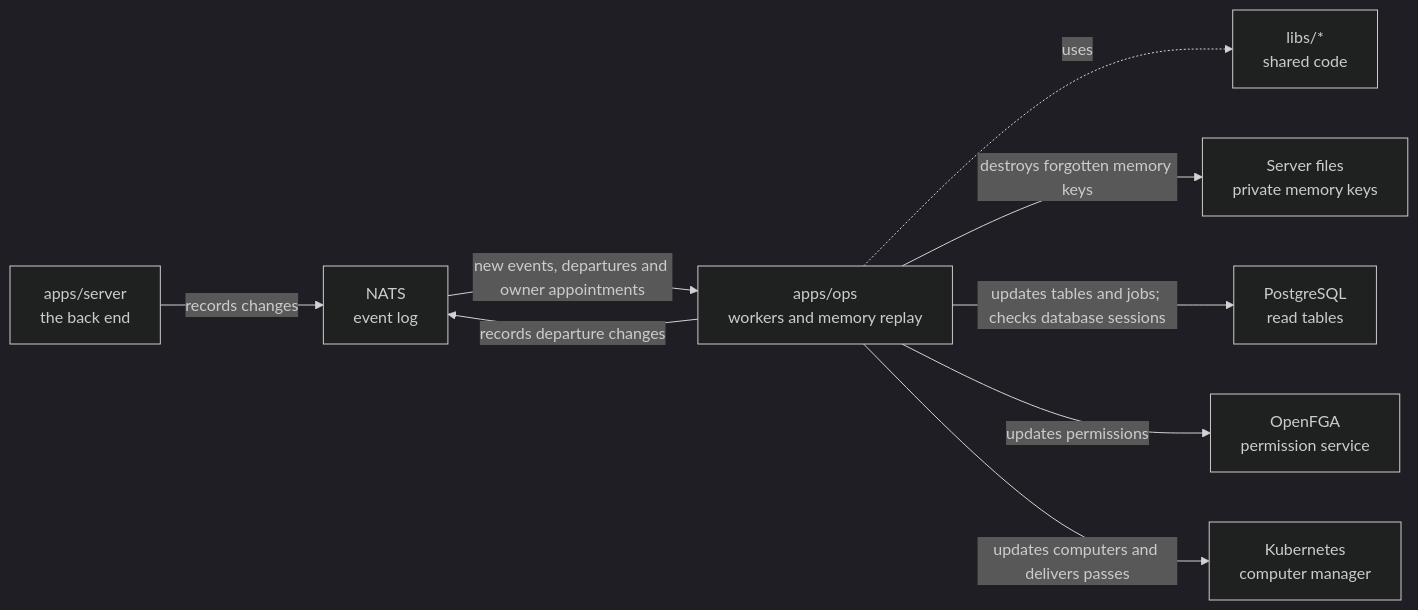
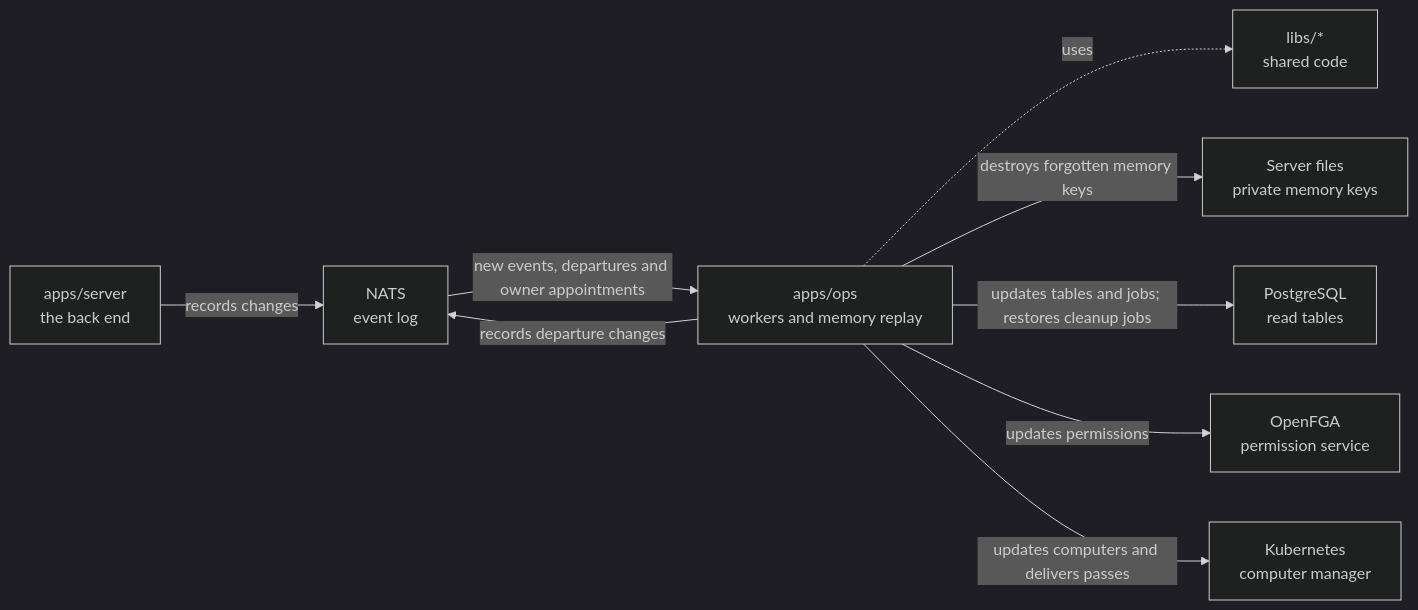
The diagram in apps/ops/README.md (elewa-git/opencrane-new), drawn with Mermaid (dark theme) before and after one commit. The commit also changed other lines of this file and 14 other files, not shown here.

Commit message:
🧹 Record exhausted memory cleanup and restore lost jobs

````diff
--- a/apps/ops/README.md
+++ b/apps/ops/README.md
@@ -11,11 +11,11 @@
 ```mermaid
 flowchart LR
   server["apps/server<br/>the back end"] -->|records changes| nats["NATS<br/>event log"]
   nats -->|new events, departures and owner appointments| ops["apps/ops<br/>workers and memory replay"]
   ops -->|records departure changes| nats
   ops -.->|uses| libs["libs/*<br/>shared code"]
   ops -->|destroys forgotten memory keys| keys["Server files<br/>private memory keys"]
-  ops -->|updates tables and jobs; checks database sessions| postgres["PostgreSQL<br/>read tables"]
+  ops -->|updates tables and jobs; restores cleanup jobs| postgres["PostgreSQL<br/>read tables"]
   ops -->|updates permissions| fga["OpenFGA<br/>permission service"]
   ops -->|updates computers and delivers passes| kube["Kubernetes<br/>computer manager"]
 ```
````
